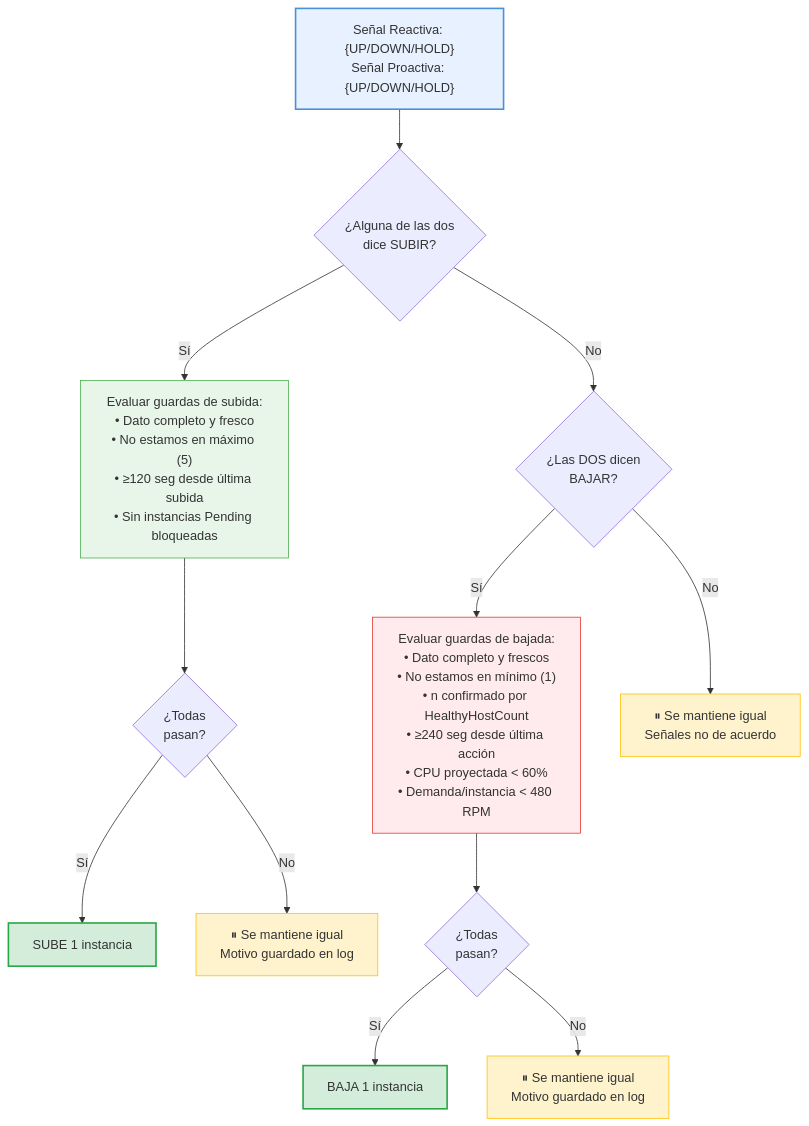
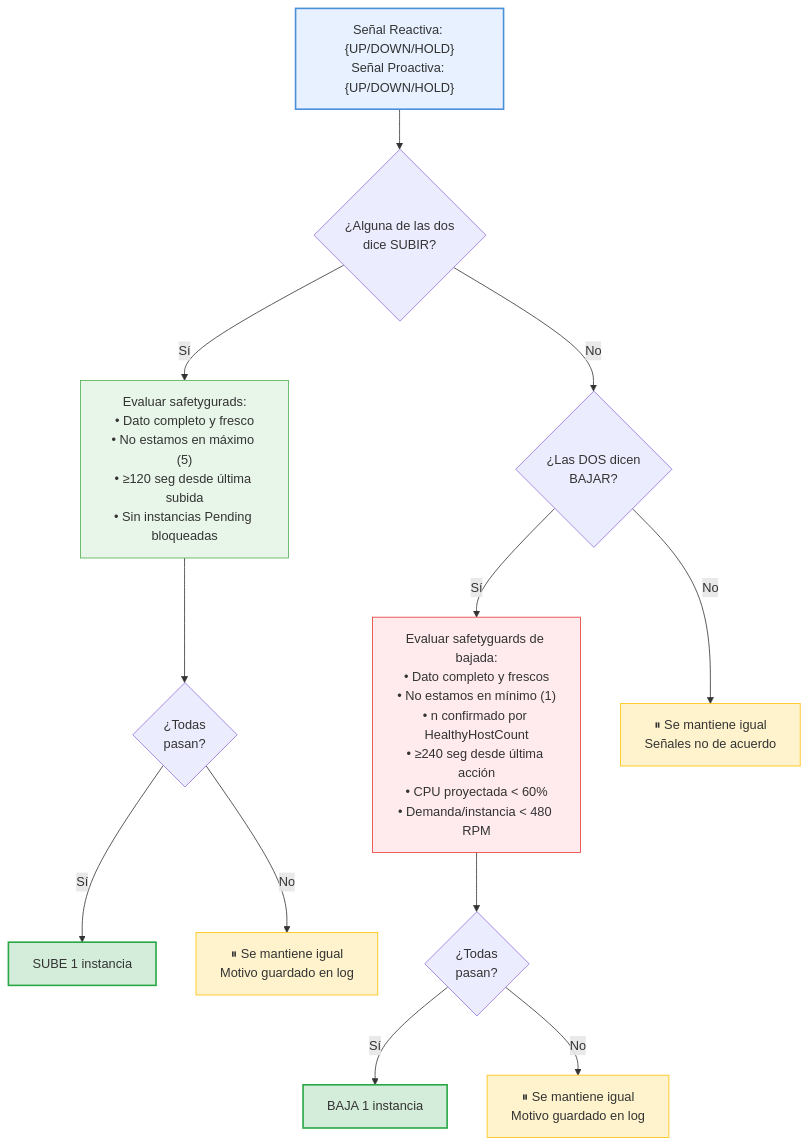
Before and after one commit to Lauraindabur/auto-scaling-controller: the fourth of 4 diagrams in README.md, drawn with Mermaid. The commit also changed other lines of this file, not shown here.

Commit message:
Update 'guardas' to 'safetyguards' in README

````diff
--- a/README.md
+++ b/README.md
@@ -262,28 +262,28 @@
 ```mermaid
 flowchart TD
     START["Señal Reactiva: {UP/DOWN/HOLD}<br/>Señal Proactiva: {UP/DOWN/HOLD}"] --> Q1{"¿Alguna de las dos<br/>dice SUBIR?"}
     
     Q1 -->|No| Q2{"¿Las DOS dicen<br/>BAJAR?"}
-    Q1 -->|Sí| G1["Evaluar guardas de subida:<br/>• Dato completo y fresco<br/>• No estamos en máximo (5)<br/>• ≥120 seg desde última subida<br/>• Sin instancias Pending bloqueadas"]
+    Q1 -->|Sí| G1["Evaluar safetygurads:<br/>• Dato completo y fresco<br/>• No estamos en máximo (5)<br/>• ≥120 seg desde última subida<br/>• Sin instancias Pending bloqueadas"]
     
     G1 --> G1R{"¿Todas<br/>pasan?"}
     G1R -->|Sí| UP[" SUBE 1 instancia"]
     G1R -->|No| WAIT1["⏸ Se mantiene igual<br/>Motivo guardado en log"]
     
-    Q2 -->|Sí| G2["Evaluar guardas de bajada:<br/>• Dato completo y frescos<br/>• No estamos en mínimo (1)<br/>• n confirmado por HealthyHostCount<br/>• ≥240 seg desde última acción<br/>• CPU proyectada < 60%<br/>• Demanda/instancia < 480 RPM"]
+    Q2 -->|Sí| G2["Evaluar safetyguards de bajada:<br/>• Dato completo y frescos<br/>• No estamos en mínimo (1)<br/>• n confirmado por HealthyHostCount<br/>• ≥240 seg desde última acción<br/>• CPU proyectada < 60%<br/>• Demanda/instancia < 480 RPM"]
     
     G2 --> G2R{"¿Todas<br/>pasan?"}
     G2R -->|Sí| DOWN[" BAJA 1 instancia"]
     G2R -->|No| WAIT2["⏸ Se mantiene igual<br/>Motivo guardado en log"]
     
     Q2 -->|No| WAIT3["⏸ Se mantiene igual<br/>Señales no de acuerdo"]
     
     style UP fill:#d4edda,stroke:#28a745,stroke-width:2px
     style DOWN fill:#d4edda,stroke:#28a745,stroke-width:2px
     style WAIT1 fill:#fff3cd,stroke:#ffc107,stroke-width:1px
     style WAIT2 fill:#fff3cd,stroke:#ffc107,stroke-width:1px
     style WAIT3 fill:#fff3cd,stroke:#ffc107,stroke-width:1px
     style G1 fill:#e8f5e9,stroke:#4caf50
     style G2 fill:#ffebee,stroke:#e53935
     style START fill:#e7f1ff,stroke:#4a90d9,stroke-width:2px
 ```
````
